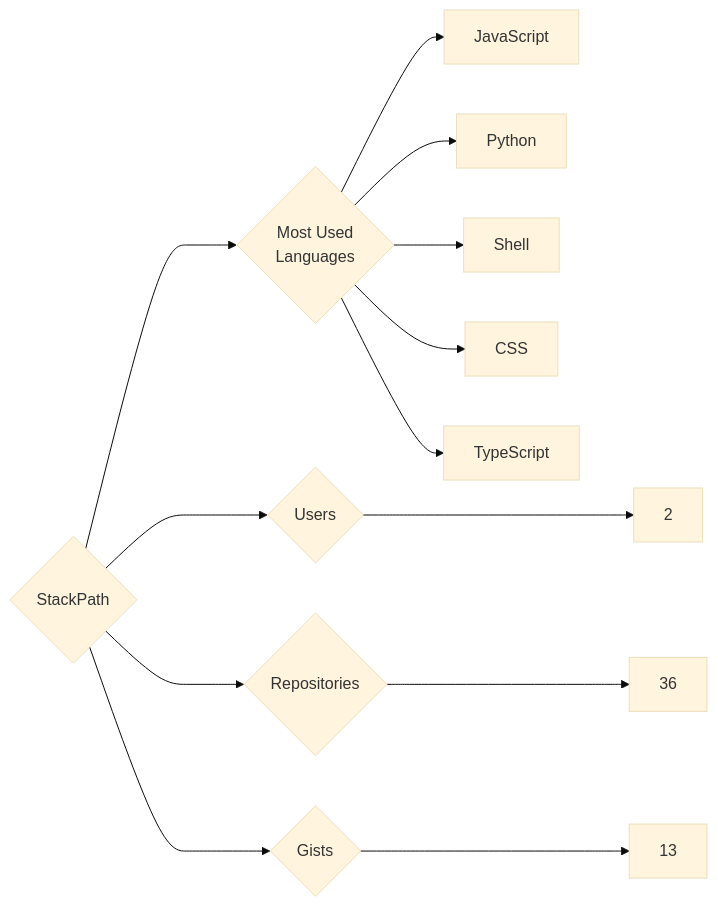
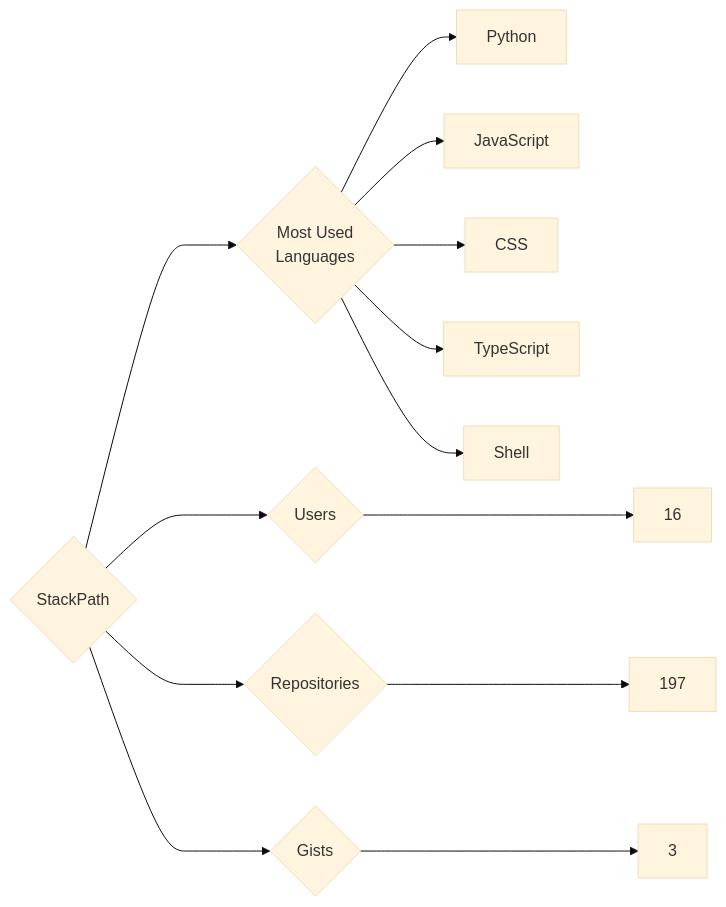
Before and after one commit to trickest/insiders: the diagram in targets/StackPath/README.md, drawn with Mermaid (base theme). The commit also changed 964 other files, not shown here.

````diff
--- a/targets/StackPath/README.md
+++ b/targets/StackPath/README.md
@@ -3,13 +3,13 @@
 ```mermaid
 graph LR
 COMPANY_NAME{StackPath}
-COMPANY_NAME ---> U{Users} ---> UN[2]
-COMPANY_NAME ---> R{Repositories} ---> RN[36]
-COMPANY_NAME ---> G{Gists} ---> GN[13]
+COMPANY_NAME ---> U{Users} ---> UN[16]
+COMPANY_NAME ---> R{Repositories} ---> RN[197]
+COMPANY_NAME ---> G{Gists} ---> GN[3]
 COMPANY_NAME ---> ML{Most Used<br>Languages}
+ML --> Python[Python]
 ML --> JavaScript[JavaScript]
-ML --> Python[Python]
-ML --> Shell[Shell]
 ML --> CSS[CSS]
 ML --> TypeScript[TypeScript]
+ML --> Shell[Shell]
 ```
````
